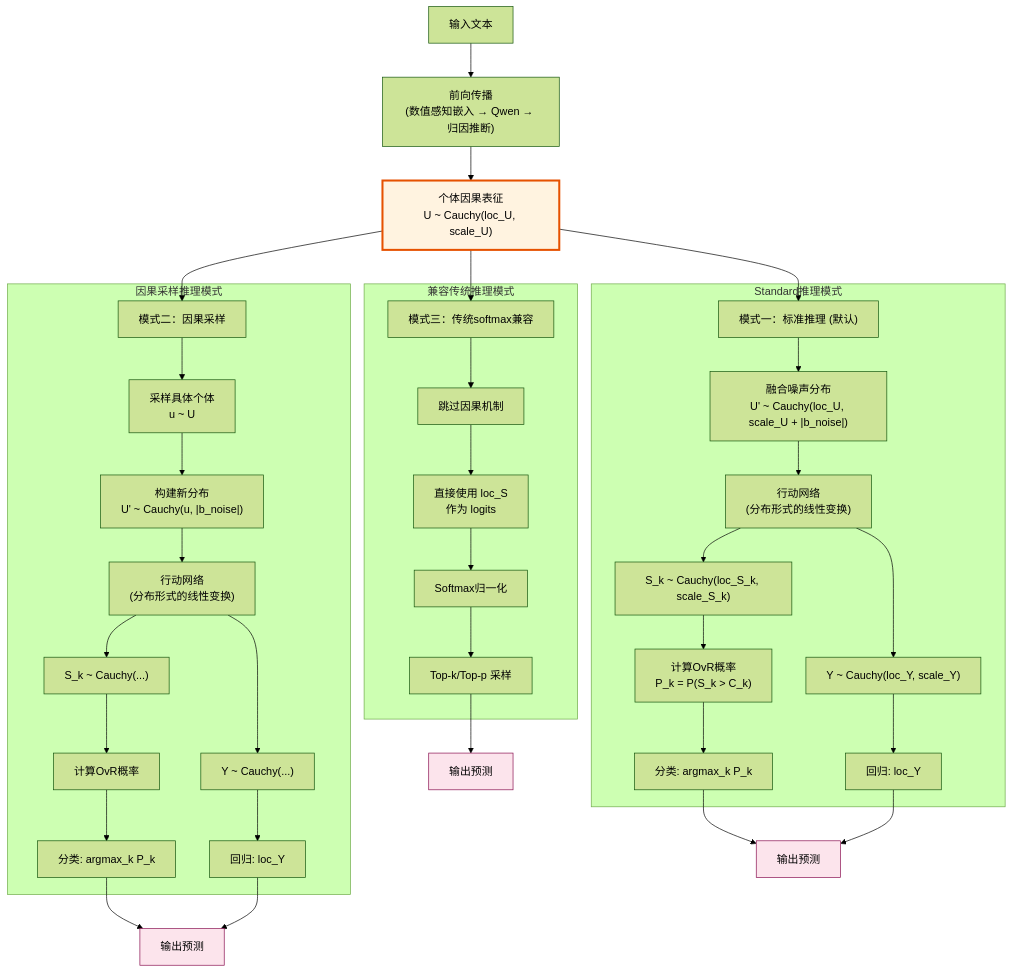
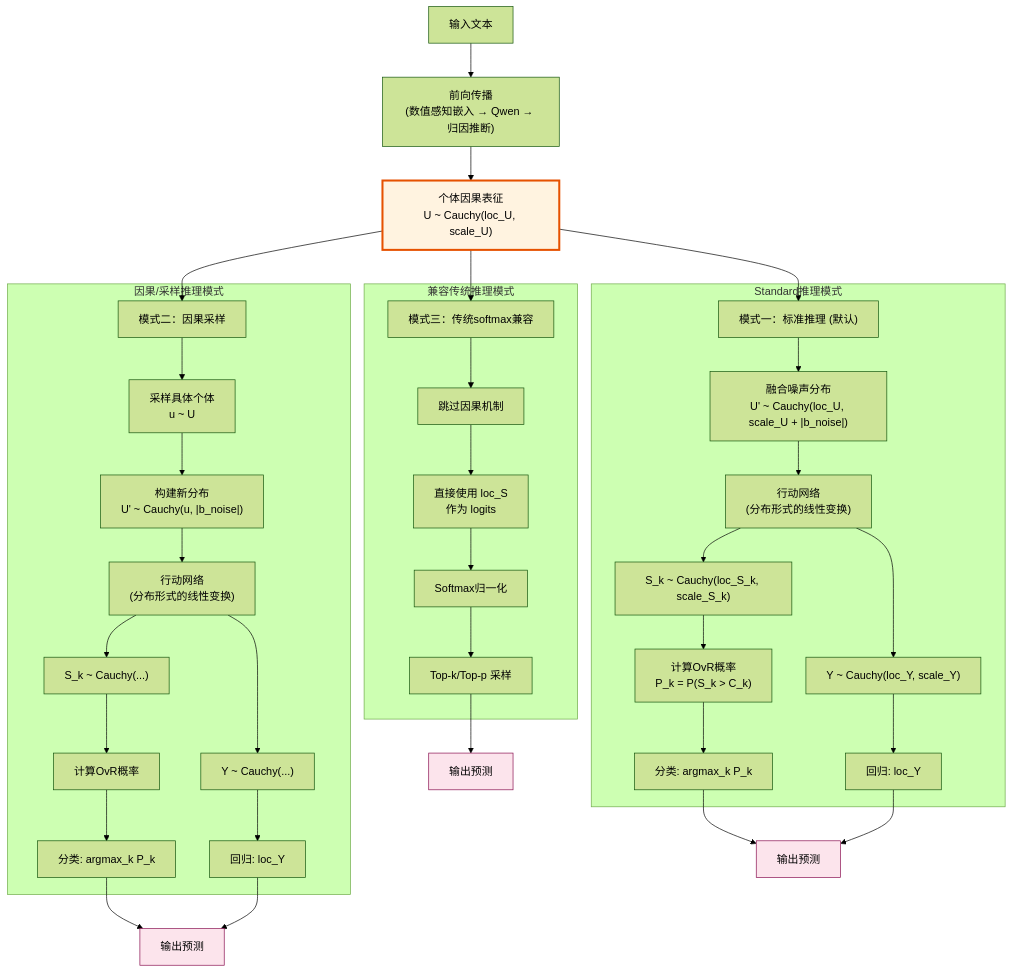
Before and after one commit to 1587causalai/CausalQwen: the fourth of 9 diagrams in docs/core_mathematical_framework_num_extended.md, drawn with Mermaid (forest theme). The commit also changed other lines of this file, not shown here.

````diff
--- a/docs/core_mathematical_framework_num_extended.md
+++ b/docs/core_mathematical_framework_num_extended.md
@@ -453,46 +453,46 @@
 ```mermaid
 graph TB
     Start["输入文本"] --> Forward["前向传播<br>(数值感知嵌入 → Qwen → 归因推断)"]
     Forward --> U["个体因果表征<br>U ~ Cauchy(loc_U, scale_U)"]
     
     U --> Mode1["模式一：标准推理 (默认)"]
     U --> Mode2["模式二：因果采样"]
     U --> Mode3["模式三：传统softmax兼容"]
     
     subgraph "Standard推理模式"
         Mode1 --> Noise1["融合噪声分布<br>U' ~ Cauchy(loc_U, scale_U + |b_noise|)"]
         Noise1 --> Action1["行动网络<br>(分布形式的线性变换)"]
         Action1 --> S1["S_k ~ Cauchy(loc_S_k, scale_S_k)"]
         Action1 --> Y1["Y ~ Cauchy(loc_Y, scale_Y)"]
         S1 --> OvR1["计算OvR概率<br>P_k = P(S_k > C_k)"]
         OvR1 --> Cls1["分类: argmax_k P_k"]
         Y1 --> Reg1["回归: loc_Y"]
     end
     
-    subgraph "因果采样推理模式"
+    subgraph "因果/采样推理模式"
         Mode2 --> Sample2["采样具体个体<br>u ~ U"]
         Sample2 --> Noise2["构建新分布<br>U' ~ Cauchy(u, |b_noise|)"]
         Noise2 --> Action2["行动网络<br>(分布形式的线性变换)"]
         Action2 --> S2["S_k ~ Cauchy(...)"]
         Action2 --> Y2["Y ~ Cauchy(...)"]
         S2 --> OvR2["计算OvR概率"]
         OvR2 --> Cls2["分类: argmax_k P_k"]
         Y2 --> Reg2["回归: loc_Y"]
     end
     
     subgraph "兼容传统推理模式"
         Mode3 --> Skip3["跳过因果机制"]
         Skip3 --> Logits3["直接使用 loc_S<br>作为 logits"]
         Logits3 --> Softmax3["Softmax归一化"]
         Softmax3 --> TopK3["Top-k/Top-p 采样"]
     end
     
     Cls1 & Reg1 --> Output1["输出预测"]
     Cls2 & Reg2 --> Output2["输出预测"]
     TopK3 --> Output3["输出预测"]
     
     style U fill:#fff3e0,stroke:#e65100,stroke-width:3px
     style Output1 fill:#fce4ec,stroke:#880e4f
     style Output2 fill:#fce4ec,stroke:#880e4f
     style Output3 fill:#fce4ec,stroke:#880e4f
 ```
````
